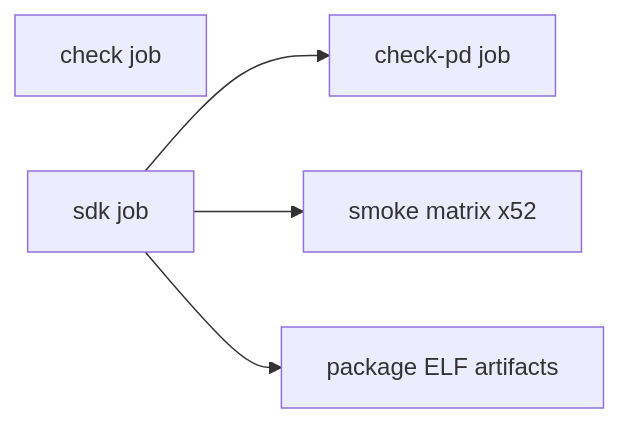
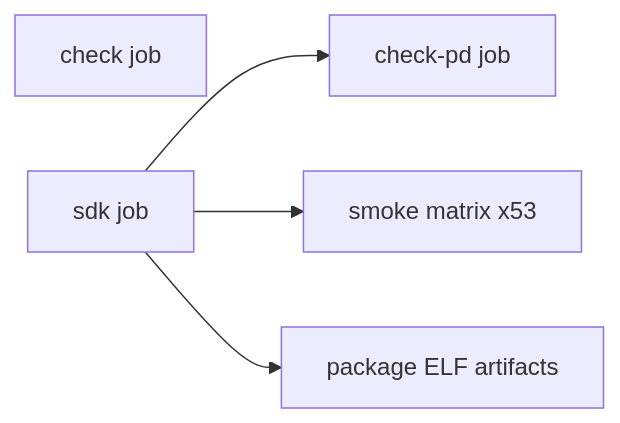
The diagram in docs/ci.md (julerex/lerux), drawn with Mermaid before and after one commit. The commit also changed other lines of this file and 40 other files, not shown here.

````diff
--- a/docs/ci.md
+++ b/docs/ci.md
@@ -13,11 +13,11 @@
 ```mermaid
 flowchart LR
   check[check job]
   sdk[sdk job]
   checkPd[check-pd job]
-  smoke[smoke matrix x52]
+  smoke[smoke matrix x53]
   package[package ELF artifacts]
   sdk --> checkPd
   sdk --> smoke
   sdk --> package
 ```
````
